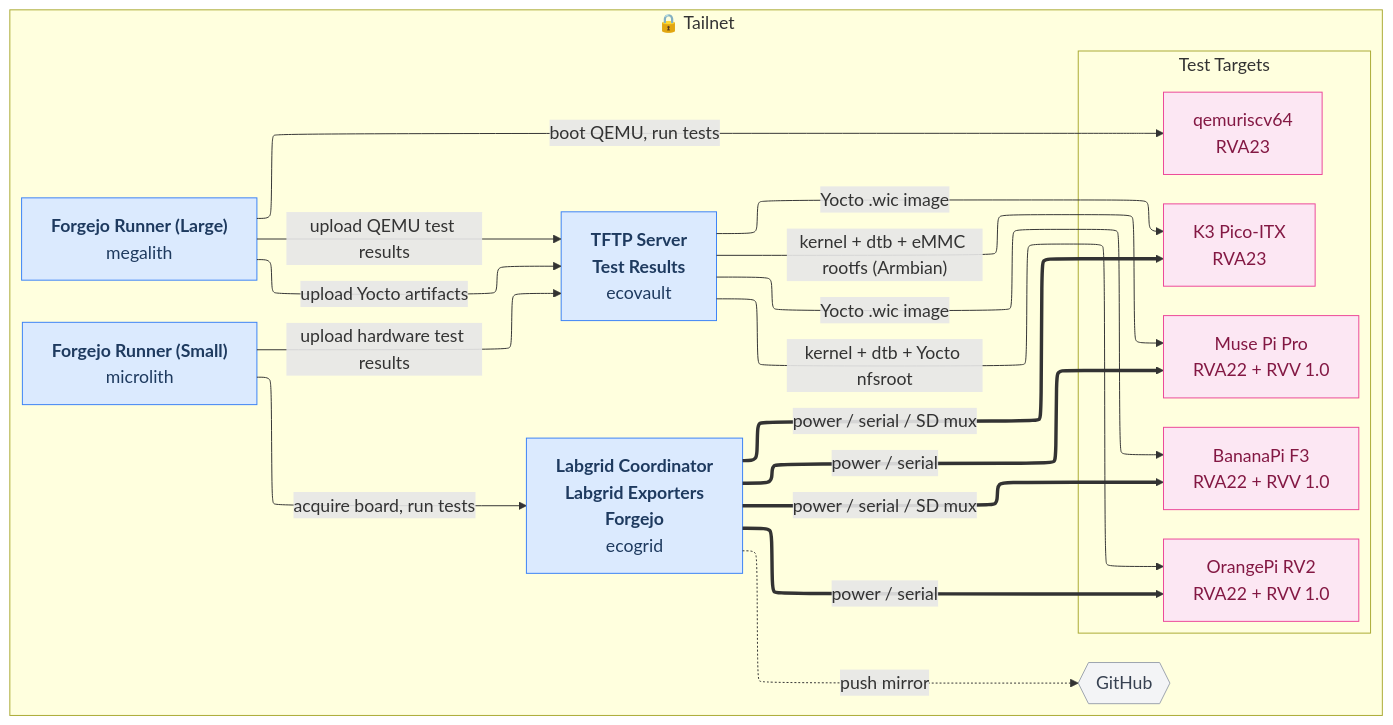
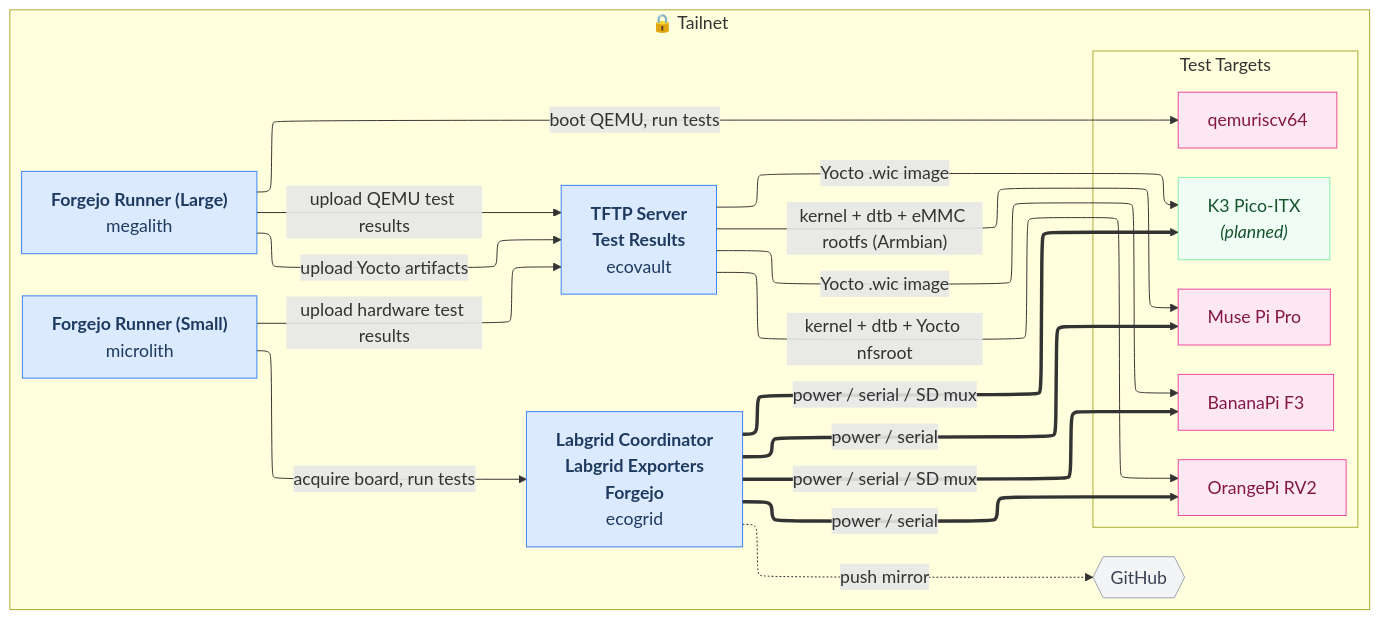
One commit to threexc/boardgarden changed the diagram in docs/network.mmd. Above: the diagram before and after it, drawn with Mermaid. The commit also changed 2 other files, not shown here.

```diff
--- a/docs/network.mmd
+++ b/docs/network.mmd
@@ -1,42 +1,45 @@
-%%{init: {"theme": "default", "flowchart": {"htmlLabels": true, "nodeSpacing": 30, "rankSpacing": 60, "defaultRenderer": "elk"}, "themeVariables": {"fontSize": "18px", "fontFamily": "New Computer Modern"}} }%%flowchart LR
+%%{init: {"theme": "default", "flowchart": {"htmlLabels": true, "nodeSpacing": 30, "rankSpacing": 60, "defaultRenderer": "elk"}, "themeVariables": {"fontSize": "18px", "fontFamily": "New Computer Modern"}} }%%
+flowchart LR
   subgraph tailnet["🔒 Tailnet"]
     ecogrid["<b>Labgrid Coordinator</b><br/><b>Labgrid Exporters</b><br/><b>Forgejo</b><br/>ecogrid"]
     ecovault["<b>TFTP Server</b><br/><b>Test Results</b><br/>ecovault"]
     runner1["<b>Forgejo Runner (Large)</b><br/>megalith"]
     runner2["<b>Forgejo Runner (Small)</b><br/>microlith"]
     github{{"GitHub"}}
     subgraph boards["Test Targets"]
       direction TB
-      board_1["BananaPi F3<br/>RVA22 + RVV 1.0"]
-      board_2["Muse Pi Pro<br/>RVA22 + RVV 1.0"]
-      board_3["OrangePi RV2<br/>RVA22 + RVV 1.0"]
-      board_4["qemuriscv64<br/>RVA23"]
-      board_5["K3 Pico-ITX<br/>RVA23"]
+      board_1["BananaPi F3"]
+      board_2["Muse Pi Pro"]
+      board_3["OrangePi RV2"]
+      board_4["qemuriscv64"]
+      board_5["K3 Pico-ITX<br/><i>(planned)</i>"]
     end
   end
 
   %% ── Hosted-on relationships ──
 
   %% ── Links ──
   ecogrid ==>|"power / serial / SD mux"| board_1
   ecogrid ==>|"power / serial"| board_2
   ecogrid ==>|"power / serial"| board_3
   ecogrid ==>|"power / serial / SD mux"| board_5
   ecogrid -..->|"push mirror"| github
   runner1 -->|"upload Yocto artifacts"| ecovault
   runner1 -->|"upload QEMU test results"| ecovault
   runner1 -->|"boot QEMU, run tests"| board_4
   runner2 -->|"acquire board, run tests"| ecogrid
   runner2 -->|"upload hardware test results"| ecovault
   ecovault -->|"Yocto .wic image"| board_1
   ecovault -->|"kernel + dtb + eMMC rootfs (Armbian)"| board_2
   ecovault -->|"kernel + dtb + Yocto nfsroot"| board_3
   ecovault -->|"Yocto .wic image"| board_5
 
   %% ── Styles ──
   classDef machine fill:#dbeafe,stroke:#3b82f6,color:#1e3a5f
   class ecogrid,ecovault,runner1,runner2 machine
   classDef external fill:#f3f4f6,stroke:#9ca3af,color:#374151
   class github external
   classDef board fill:#fce7f3,stroke:#ec4899,color:#831843
-  class board_1,board_2,board_3,board_4,board_5 board
+  class board_1,board_2,board_3,board_4 board
+  classDef board_planned fill:#f0fdf4,stroke:#86efac,color:#14532d
+  class board_5 board_planned
```
